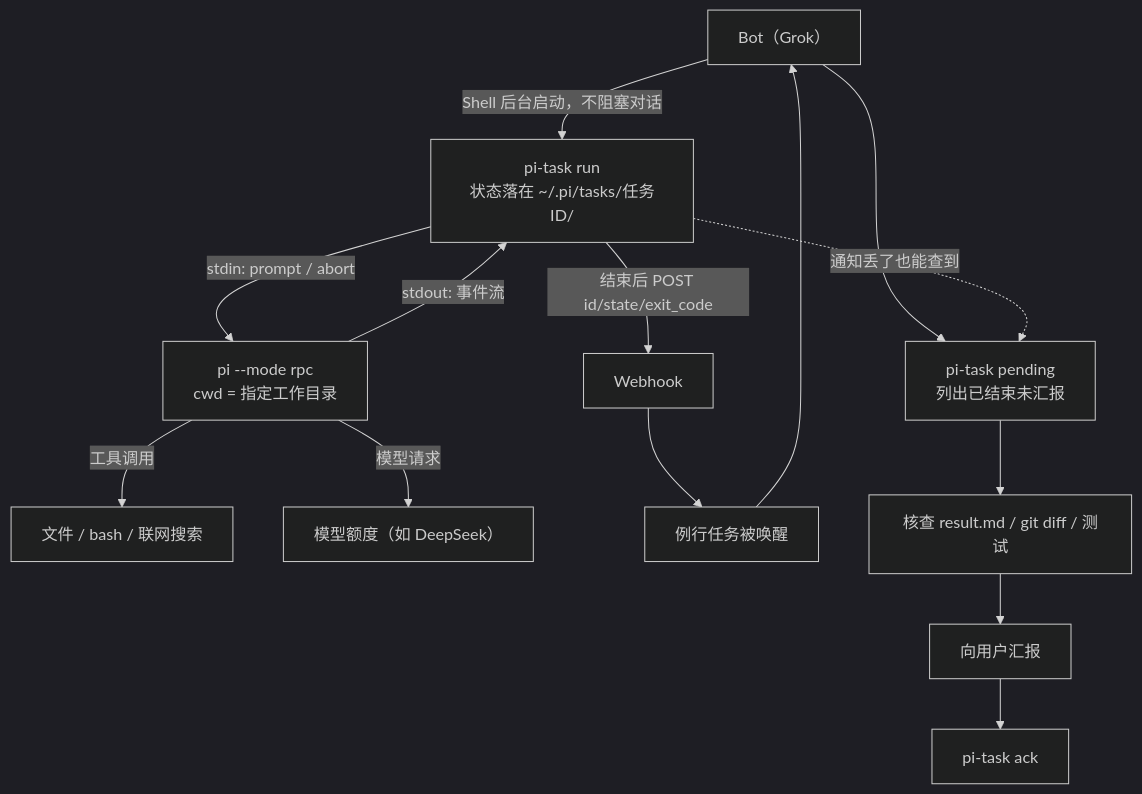
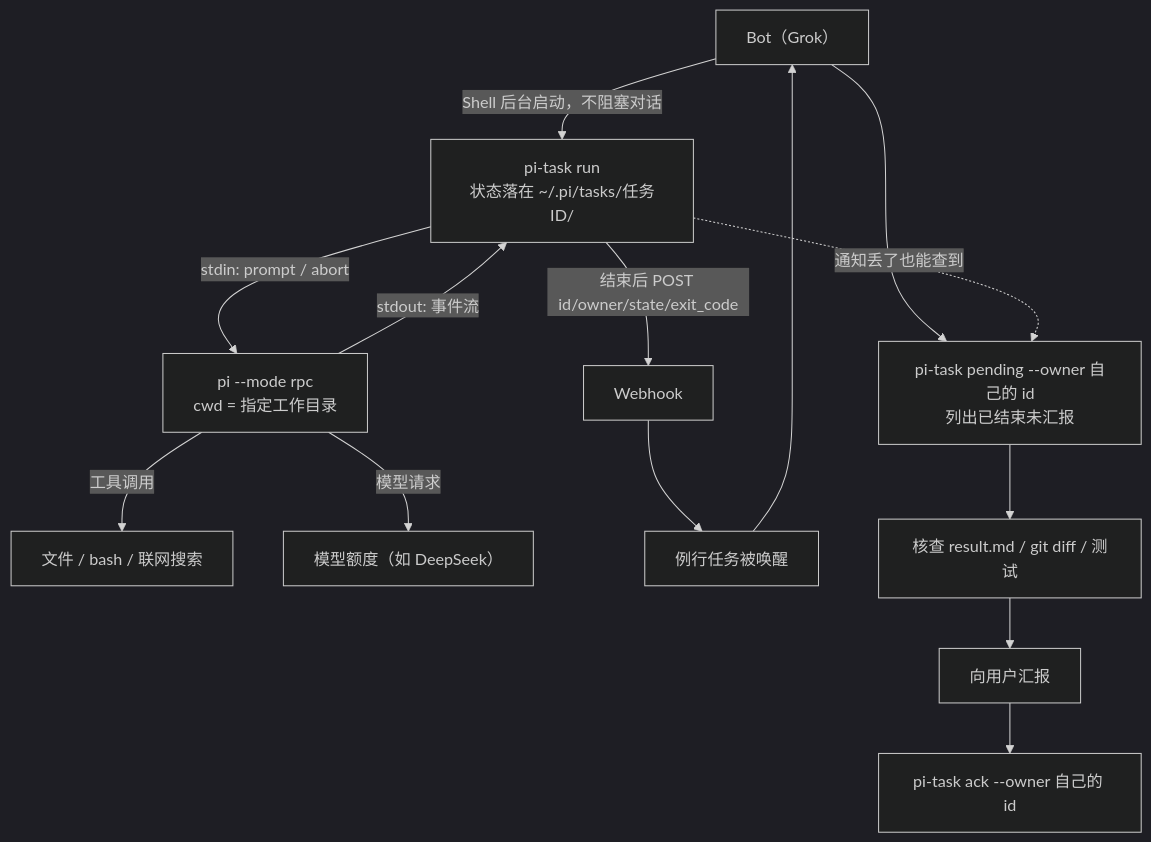
The diagram in docs/setup-guide.md (robbin/grokbot-local-agent), drawn with Mermaid (dark theme) before and after one commit. The commit also changed other lines of this file and 5 other files, not shown here.

Commit message:
pi-task 支持 owner：任务记录派活的 Bot，pending/list 可按 owner 过滤，ack 拒绝替别的 Bot 标记，通知带 owner；启动 Pi 时隐藏通知密钥；文档、技能和例行任务模板同步更新

````diff
--- a/docs/setup-guide.md
+++ b/docs/setup-guide.md
@@ -12,16 +12,16 @@
 ```mermaid
 flowchart TD
   B["Bot（Grok）"] -->|"Shell 后台启动，不阻塞对话"| T["pi-task run<br/>状态落在 ~/.pi/tasks/任务ID/"]
   T -->|"stdin: prompt / abort"| P["pi --mode rpc<br/>cwd = 指定工作目录"]
   P -->|"工具调用"| F["文件 / bash / 联网搜索"]
   P -->|"模型请求"| M["模型额度（如 DeepSeek）"]
   P -->|"stdout: 事件流"| T
-  T -->|"结束后 POST id/state/exit_code"| W["Webhook"]
+  T -->|"结束后 POST id/owner/state/exit_code"| W["Webhook"]
   W --> R["例行任务被唤醒"]
   R --> B
-  B --> Q["pi-task pending<br/>列出已结束未汇报"]
+  B --> Q["pi-task pending --owner 自己的 id<br/>列出已结束未汇报"]
   Q --> V["核查 result.md / git diff / 测试"]
   V --> S["向用户汇报"]
-  S --> A["pi-task ack"]
+  S --> A["pi-task ack --owner 自己的 id"]
   T -.->|"通知丢了也能查到"| Q
 ```
````
